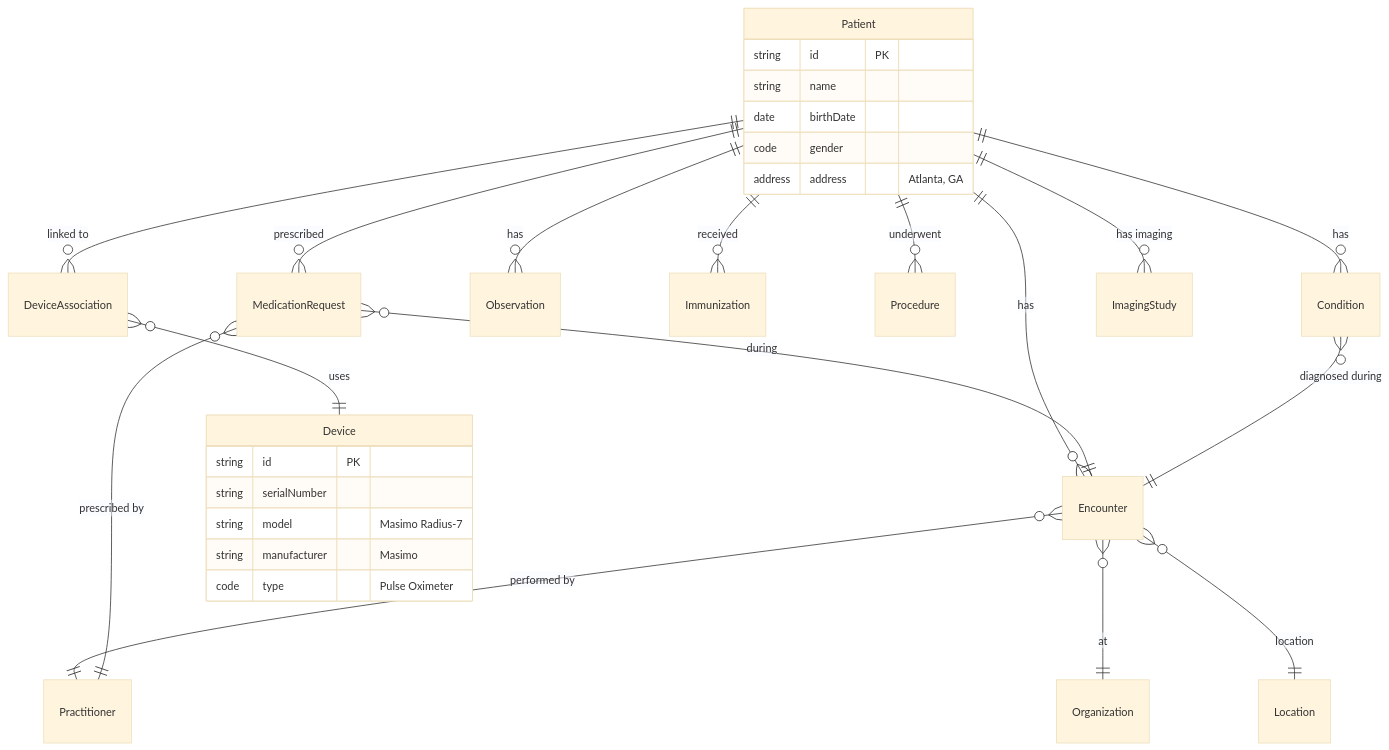
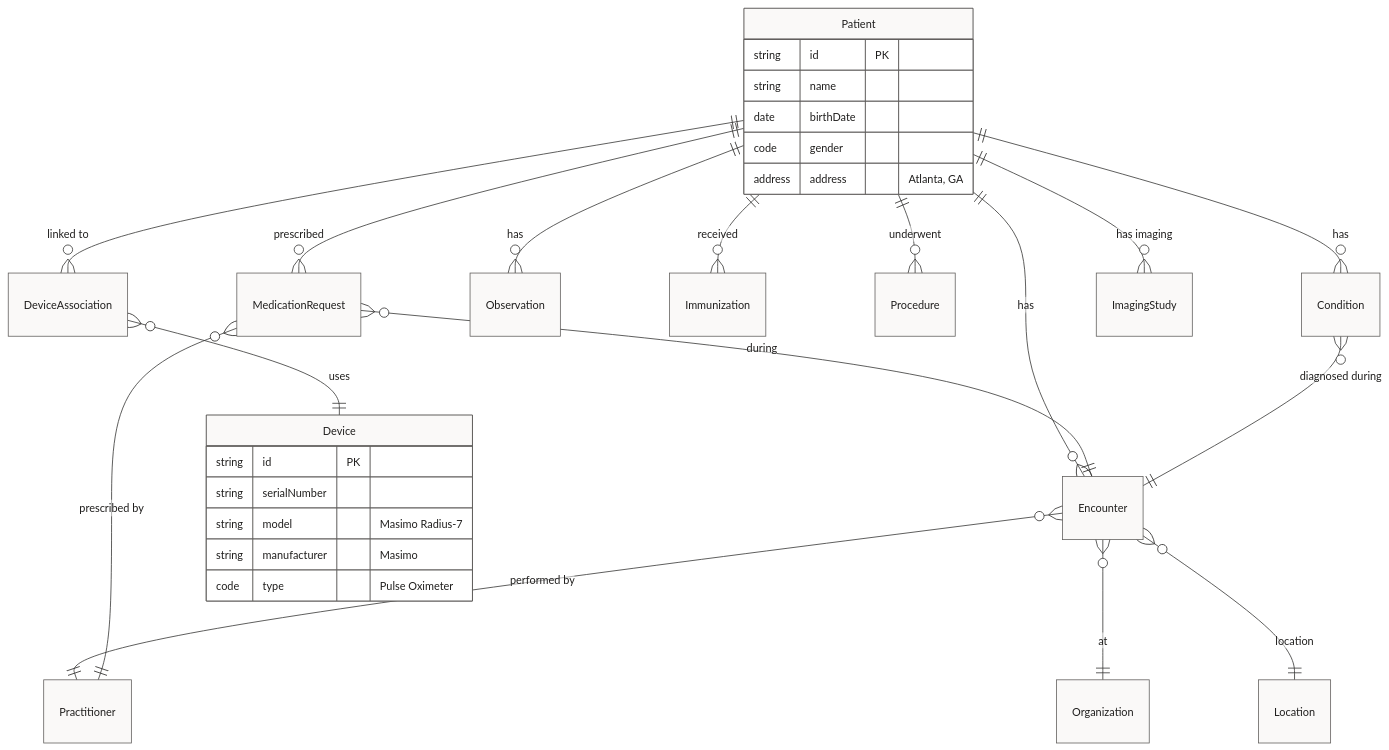
Before and after one commit to michaelhuot-msft/med-device-fabric-emulator: the third of 4 diagrams in README.md, drawn with Mermaid. The commit also changed other lines of this file, not shown here.

First line of the commit message:
docs: add neutralLighterAlt canvas to mermaid diagrams for dark-mode legibility

````diff
--- a/README.md
+++ b/README.md
@@ -284,39 +284,39 @@
 ```mermaid
-%%{init: {'theme':'base','themeVariables':{'fontSize':'14px','lineColor':'#323130'}}}%%
+%%{init: {'theme':'base','themeVariables':{'fontSize':'14px','lineColor':'#323130','background':'#F3F2F1','primaryTextColor':'#201F1E','primaryColor':'#FAF9F8','primaryBorderColor':'#605E5C','attributeBackgroundColorOdd':'#FAF9F8','attributeBackgroundColorEven':'#EDEBE9'}}}%%
 erDiagram
     Patient ||--o{ Encounter : "has"
     Patient ||--o{ Condition : "has"
     Patient ||--o{ MedicationRequest : "prescribed"
     Patient ||--o{ Observation : "has"
     Patient ||--o{ Immunization : "received"
     Patient ||--o{ Procedure : "underwent"
     Patient ||--o{ DeviceAssociation : "linked to"
     Patient ||--o{ ImagingStudy : "has imaging"
     
     Encounter }o--|| Practitioner : "performed by"
     Encounter }o--|| Organization : "at"
     Encounter }o--|| Location : "location"
     
     MedicationRequest }o--|| Practitioner : "prescribed by"
     MedicationRequest }o--|| Encounter : "during"
     
     Condition }o--|| Encounter : "diagnosed during"
     
     DeviceAssociation }o--|| Device : "uses"
     
     Device {
         string id PK
         string serialNumber
         string model "Masimo Radius-7"
         string manufacturer "Masimo"
         code type "Pulse Oximeter"
     }
     
     Patient {
         string id PK
         string name
         date birthDate
         code gender
         address address "Atlanta, GA"
     }
 ```
````
